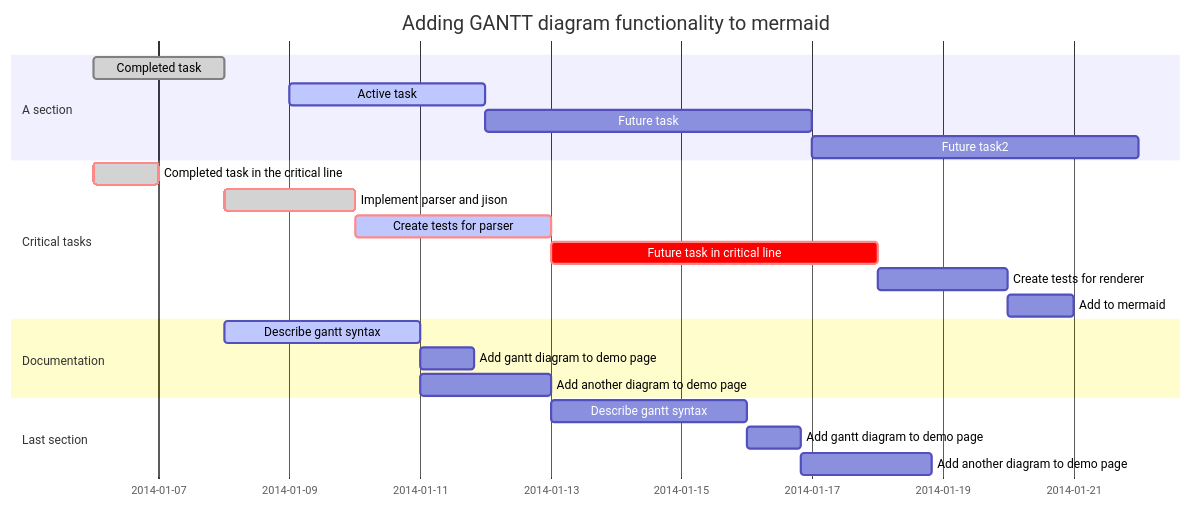
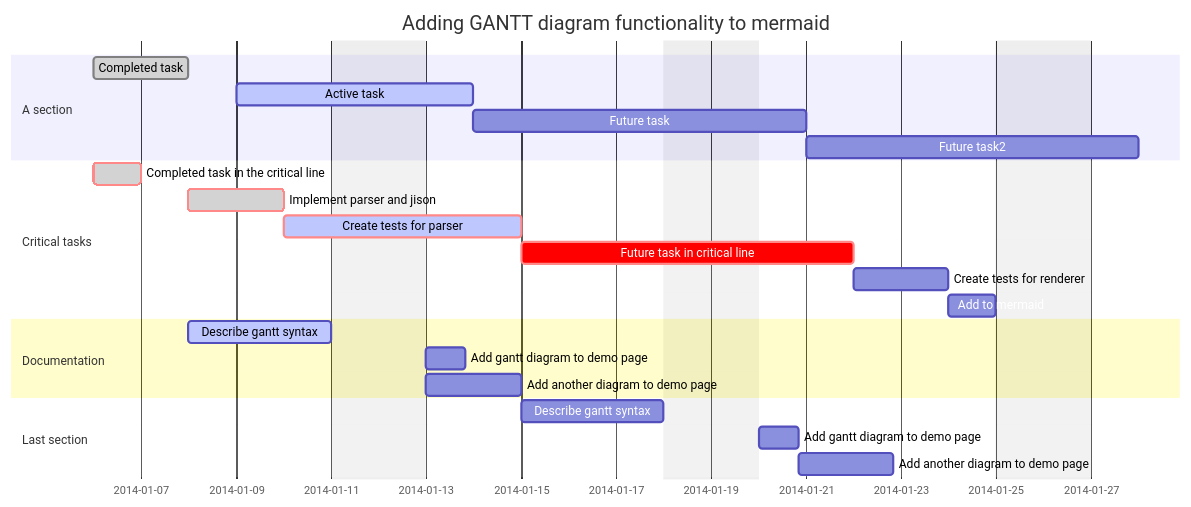
Before and after one commit to mermaid-js/mermaid: the second of 2 diagrams in docs/gantt.md, drawn with Mermaid. The commit also changed other lines of this file, not shown here.

Commit message:
Improve gantt example in documentation

````diff
--- a/docs/gantt.md
+++ b/docs/gantt.md
@@ -76,29 +75,31 @@
 ```mermaid
 gantt
-       dateFormat  YYYY-MM-DD
-       title Adding GANTT diagram functionality to mermaid
+    dateFormat  YYYY-MM-DD
+    title       Adding GANTT diagram functionality to mermaid
+    excludes    weekends
+    %% (`excludes` accepts specific dates in YYYY-MM-DD format, days of the week ("sunday") or "weekends", but not the word "weekdays".)
 
-       section A section
-       Completed task            :done,    des1, 2014-01-06,2014-01-08
-       Active task               :active,  des2, 2014-01-09, 3d
-       Future task               :         des3, after des2, 5d
-       Future task2              :         des4, after des3, 5d
+    section A section
+    Completed task            :done,    des1, 2014-01-06,2014-01-08
+    Active task               :active,  des2, 2014-01-09, 3d
+    Future task               :         des3, after des2, 5d
+    Future task2              :         des4, after des3, 5d
 
-       section Critical tasks
-       Completed task in the critical line :crit, done, 2014-01-06,24h
-       Implement parser and jison          :crit, done, after des1, 2d
-       Create tests for parser             :crit, active, 3d
-       Future task in critical line        :crit, 5d
-       Create tests for renderer           :2d
-       Add to mermaid                      :1d
+    section Critical tasks
+    Completed task in the critical line :crit, done, 2014-01-06,24h
+    Implement parser and jison          :crit, done, after des1, 2d
+    Create tests for parser             :crit, active, 3d
+    Future task in critical line        :crit, 5d
+    Create tests for renderer           :2d
+    Add to mermaid                      :1d
 
-       section Documentation
-       Describe gantt syntax               :active, a1, after des1, 3d
-       Add gantt diagram to demo page      :after a1  , 20h
-       Add another diagram to demo page    :doc1, after a1  , 48h
+    section Documentation
+    Describe gantt syntax               :active, a1, after des1, 3d
+    Add gantt diagram to demo page      :after a1  , 20h
+    Add another diagram to demo page    :doc1, after a1  , 48h
 
-       section Last section
-       Describe gantt syntax               :after doc1, 3d
-       Add gantt diagram to demo page      :20h
-       Add another diagram to demo page    :48h
-   ```
+    section Last section
+    Describe gantt syntax               :after doc1, 3d
+    Add gantt diagram to demo page      :20h
+    Add another diagram to demo page    :48h
+```
````
